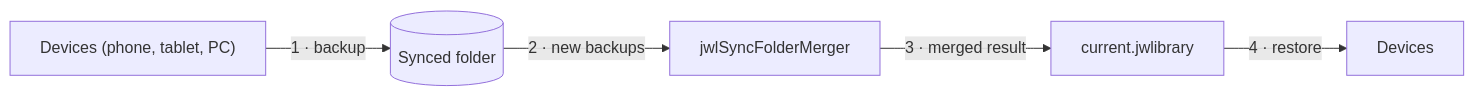
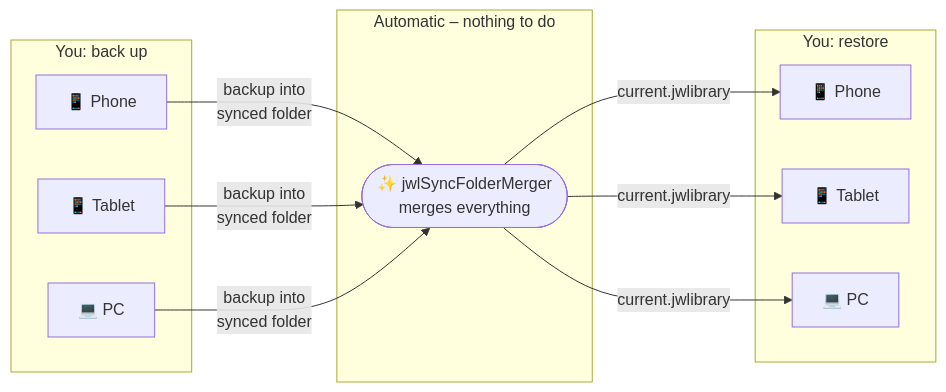
One commit to chaosben/jwlSyncFolderMerger changed the first of 2 diagrams in README.md. Above: the diagram before and after it, drawn with Mermaid. The commit also changed other lines of this file, not shown here.

````diff
--- a/README.md
+++ b/README.md
@@ -10,7 +10,18 @@
 ```mermaid
 flowchart LR
-    D1["Devices (phone, tablet, PC)"] -->|"1 · backup"| F[("Synced folder")]
-    F -->|"2 · new backups"| M["jwlSyncFolderMerger"]
-    M -->|"3 · merged result"| C["current.jwlibrary"]
-    C -->|"4 · restore"| D2["Devices"]
+    subgraph you1["You: back up"]
+        P1["📱 Phone"]
+        T1["📱 Tablet"]
+        C1["💻 PC"]
+    end
+    subgraph auto["Automatic – nothing to do"]
+        M(["✨ jwlSyncFolderMerger<br/>merges everything"])
+    end
+    subgraph you2["You: restore"]
+        P2["📱 Phone"]
+        T2["📱 Tablet"]
+        C2["💻 PC"]
+    end
+    P1 & T1 & C1 -->|"backup into<br/>synced folder"| M
+    M -->|"current.jwlibrary"| P2 & T2 & C2
 ```
````
